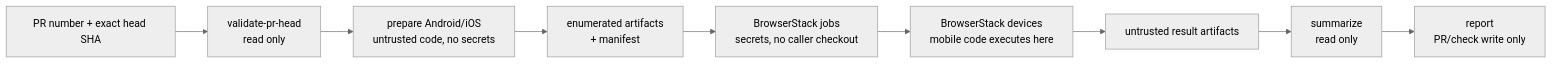
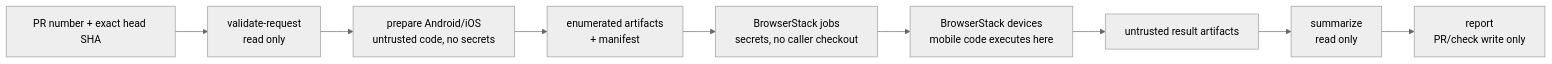
Before and after one commit to worldcoin/mobile-bench-rs: the diagram in docs/guides/reusable-workflow-security.md, drawn with Mermaid (neutral theme). The commit also changed other lines of this file and 12 other files, not shown here.

````diff
--- a/docs/guides/reusable-workflow-security.md
+++ b/docs/guides/reusable-workflow-security.md
@@ -33,15 +33,15 @@
 ```mermaid
 flowchart LR
     request["PR number + exact head SHA"]
-    validate["validate-pr-head\nread only"]
+    validate["validate-request\nread only"]
     prepare["prepare Android/iOS\nuntrusted code, no secrets"]
     handoff["enumerated artifacts\n+ manifest"]
     provider["BrowserStack jobs\nsecrets, no caller checkout"]
     device["BrowserStack devices\nmobile code executes here"]
     results["untrusted result artifacts"]
     summarize["summarize\nread only"]
     report["report\nPR/check write only"]
 
     request --> validate --> prepare --> handoff --> provider --> device
     device --> results --> summarize --> report
 ```
````
